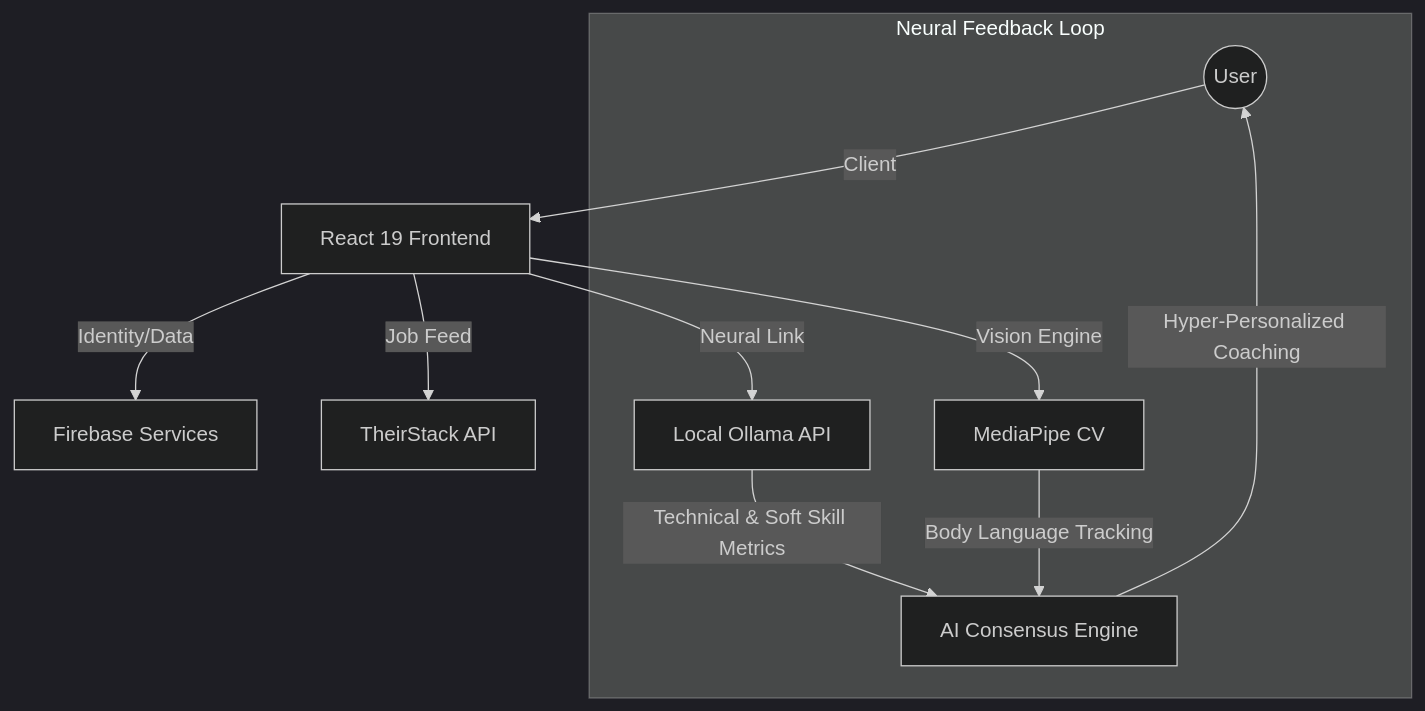
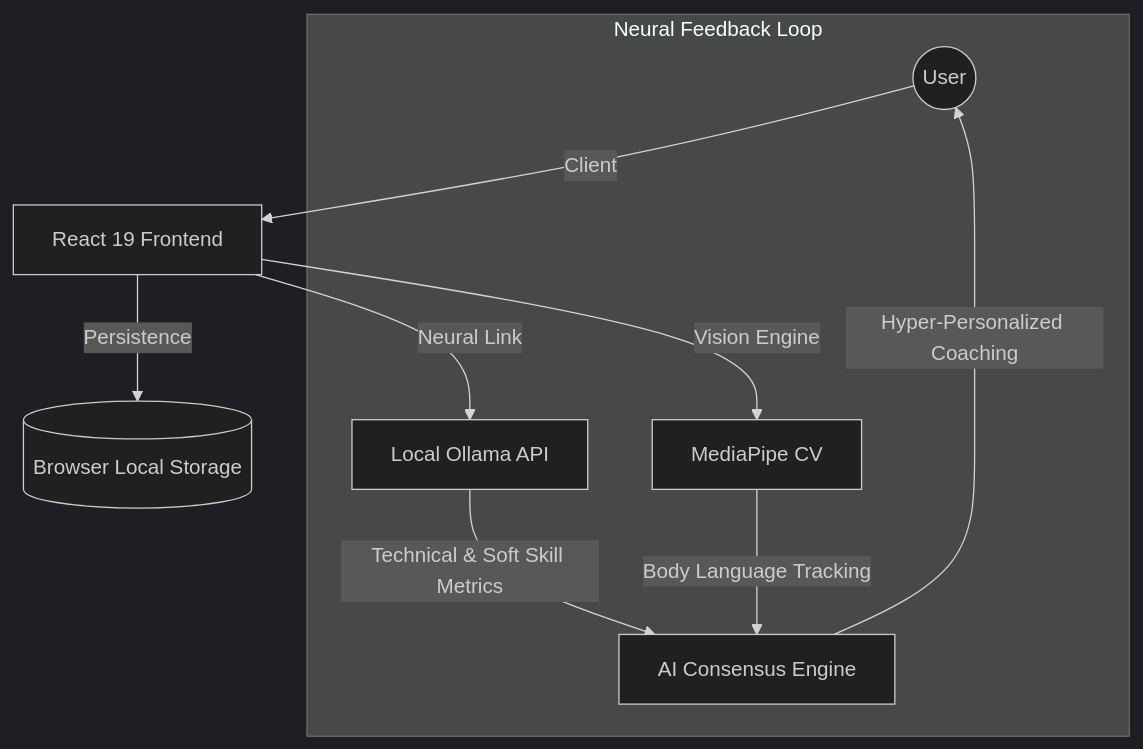
The diagram in README.md (darknecrocities/HireME), drawn with Mermaid (dark theme) before and after one commit. The commit also changed other lines of this file, not shown here.

Commit message:
docs: update README system architecture and directory structures

````diff
--- a/README.md
+++ b/README.md
@@ -28,14 +28,13 @@
 ```mermaid
 graph TD
     User((User)) --> |Client| React[React 19 Frontend]
     React --> |Neural Link| Ollama[Local Ollama API]
     React --> |Vision Engine| MediaPipe[MediaPipe CV]
-    React --> |Identity/Data| Firebase[Firebase Services]
-    React --> |Job Feed| TheirStack[TheirStack API]
+    React --> |Persistence| LocalStorage[(Browser Local Storage)]
     
     subgraph "Neural Feedback Loop"
         MediaPipe --> |Body Language Tracking| Analysis[AI Consensus Engine]
         Ollama --> |Technical & Soft Skill Metrics| Analysis
         Analysis --> |Hyper-Personalized Coaching| User
     end
 ```
````
